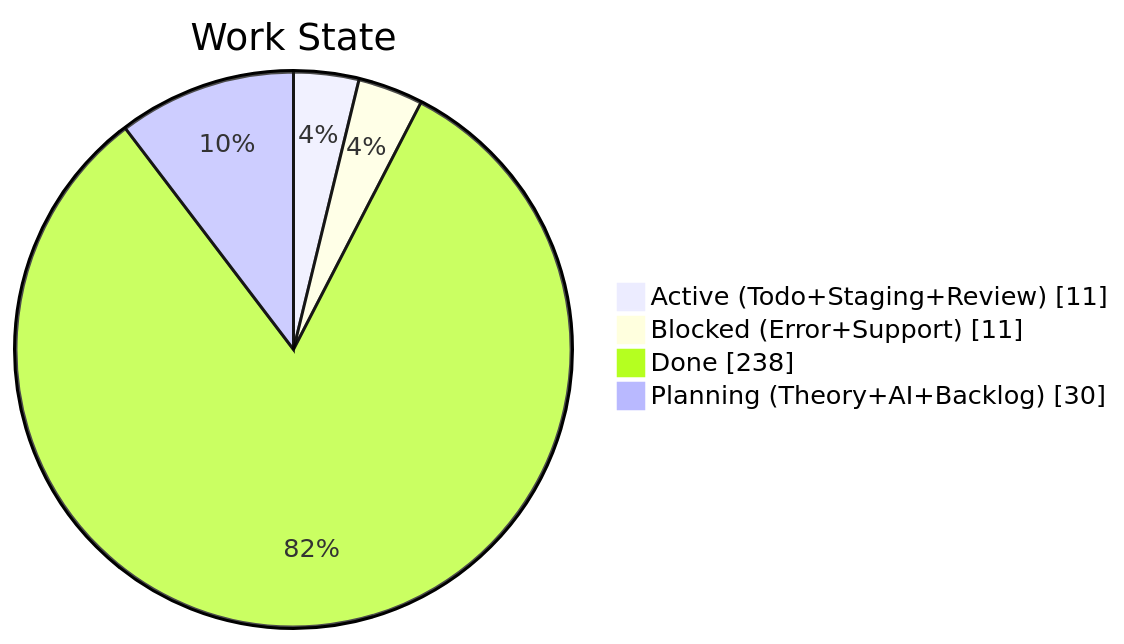
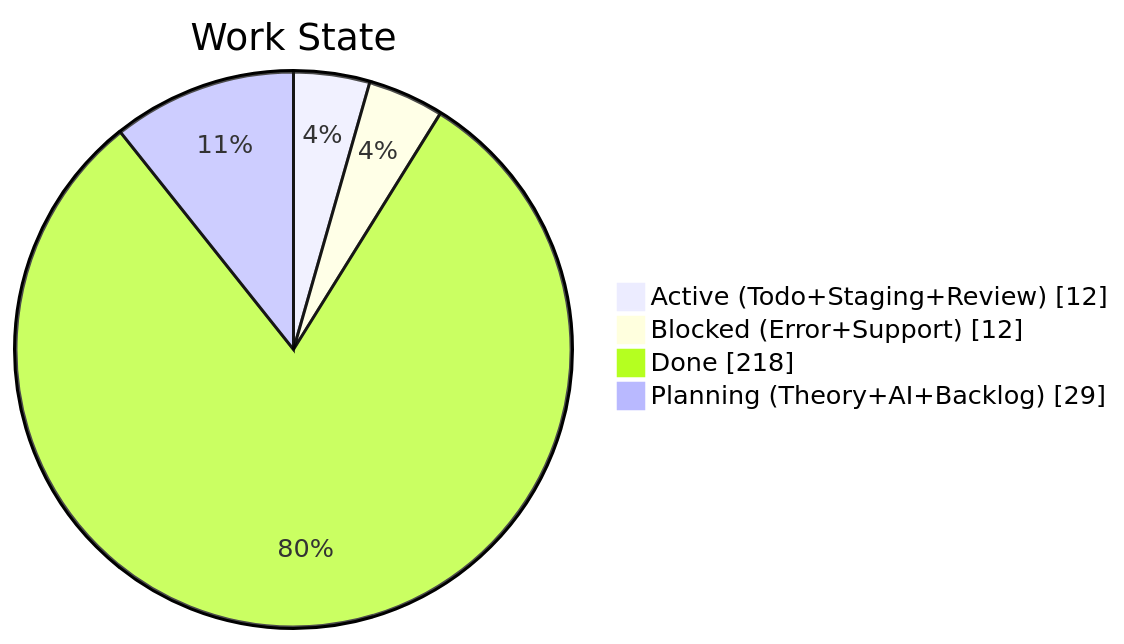
The second of 4 diagrams in apps/kbve/astro-kbve/src/content/docs/dashboard/kanban-data.mdx (KBVE/kbve), drawn with Mermaid before and after one commit. The commit also changed other lines of this file and 8 other files, not shown here.

````diff
--- a/apps/kbve/astro-kbve/src/content/docs/dashboard/kanban-data.mdx
+++ b/apps/kbve/astro-kbve/src/content/docs/dashboard/kanban-data.mdx
@@ -68,8 +68,8 @@
 ```mermaid
 pie showData
     title Work State
-    "Active (Todo+Staging+Review)" : 11
-    "Blocked (Error+Support)" : 11
-    "Done" : 238
-    "Planning (Theory+AI+Backlog)" : 30
+    "Active (Todo+Staging+Review)" : 12
+    "Blocked (Error+Support)" : 12
+    "Done" : 218
+    "Planning (Theory+AI+Backlog)" : 29
 ```
````
